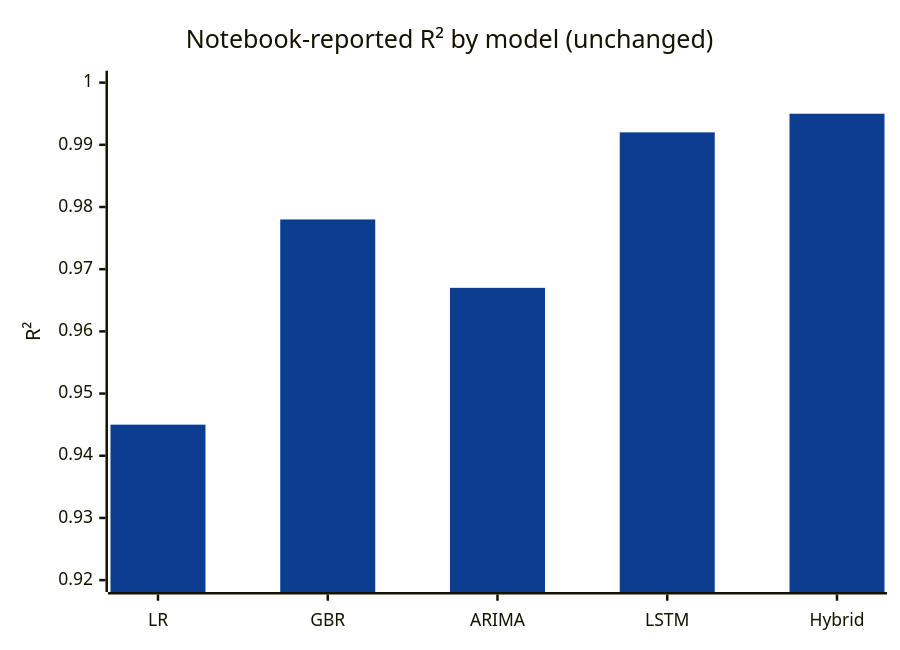
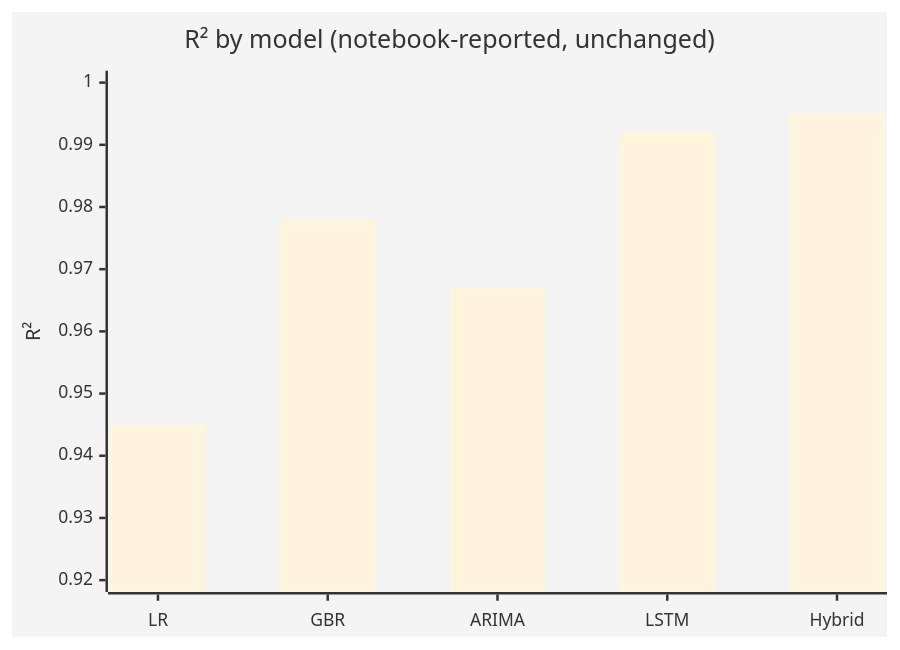
One commit to ArchanaChetan07/Metro-Interstate-Traffic-Volume-Forecasting changed the first of 9 diagrams in README.md. Above: the diagram before and after it, drawn with Mermaid. The commit also changed other lines of this file, not shown here.

Commit message:
docs: elevate README for ML portfolio visibility (diagrams, metrics preserved)

````diff
--- a/README.md
+++ b/README.md
@@ -178,8 +52,8 @@
 ```mermaid
-%%{init: {'theme':'base', 'themeVariables': { 'xyChart': {'plotColorPalette': '#0B3D91,#1F77B4,#2CA02C,#D62728,#9467BD'}}}}%%
+%%{init: {'theme':'base', 'themeVariables': { 'primaryColor': '#0B3D91'}}}%%
 xychart-beta
-  title "Notebook-reported R² by model (unchanged)"
+  title "R² by model (notebook-reported, unchanged)"
   x-axis ["LR", "GBR", "ARIMA", "LSTM", "Hybrid"]
   y-axis "R²" 0.92 --> 1.00
   bar [0.945, 0.978, 0.967, 0.992, 0.995]
 ```
````
